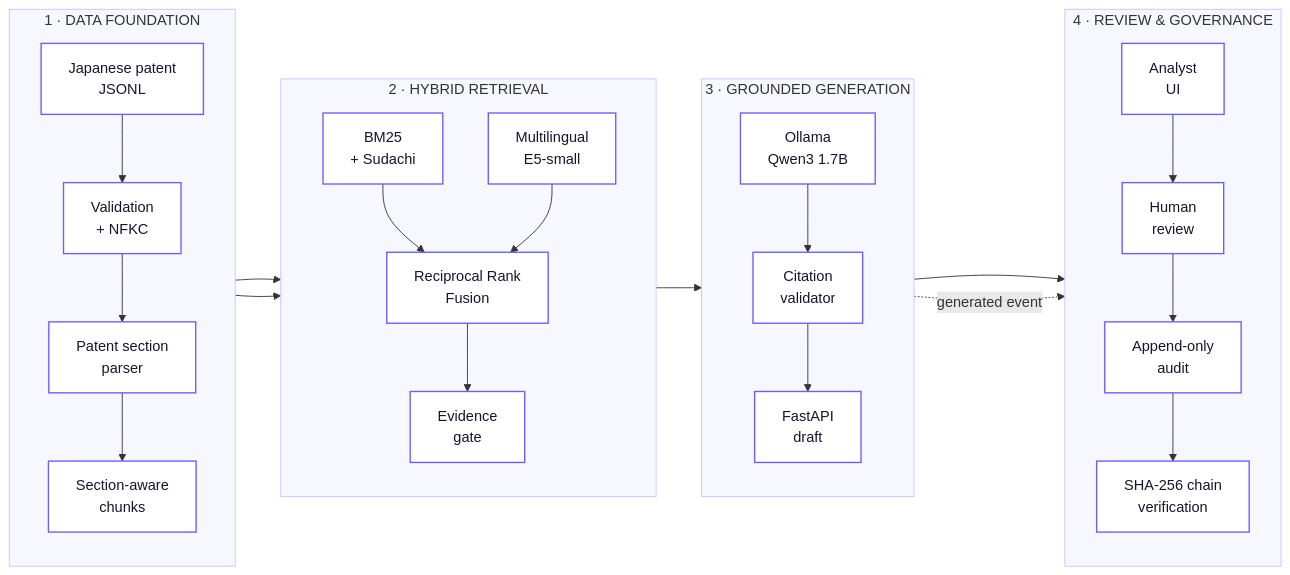
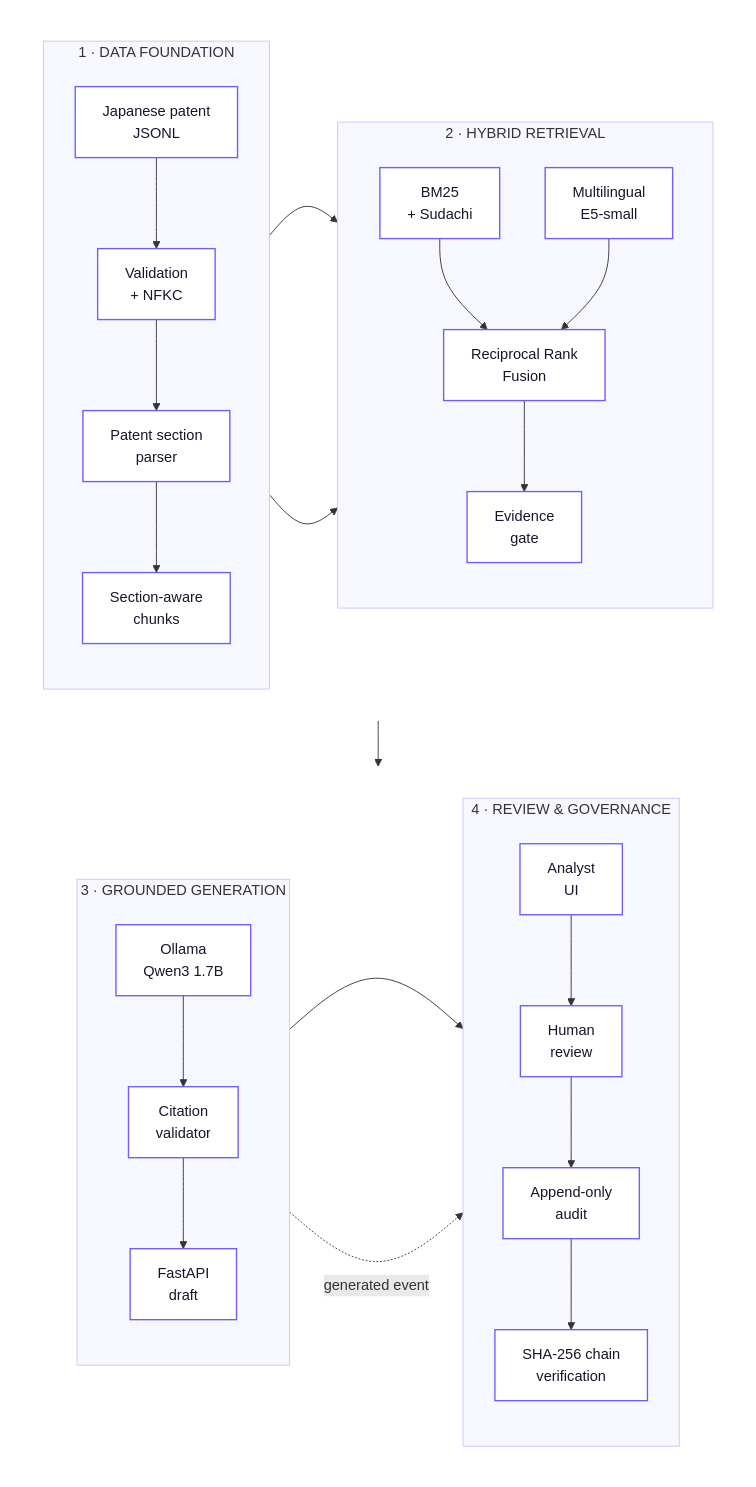
Before and after one commit to Lee2379/jp-patent-intelligence-rag: the diagram in README.md, drawn with Mermaid. The commit also changed 1 other file, not shown here.

Commit message:
Use readable two-row architecture grid

````diff
--- a/README.md
+++ b/README.md
@@ -93,41 +93,49 @@
 ```mermaid
-flowchart LR
-    subgraph DATA["1 · DATA FOUNDATION"]
-        direction TB
-        A["Japanese patent<br/>JSONL"] --> B["Validation<br/>+ NFKC"]
-        B --> C["Patent section<br/>parser"]
-        C --> D["Section-aware<br/>chunks"]
+flowchart TB
+    subgraph ROW1[" "]
+        direction LR
+        subgraph DATA["1 · DATA FOUNDATION"]
+            direction TB
+            A["Japanese patent<br/>JSONL"] --> B["Validation<br/>+ NFKC"]
+            B --> C["Patent section<br/>parser"]
+            C --> D["Section-aware<br/>chunks"]
+        end
+
+        subgraph SEARCH["2 · HYBRID RETRIEVAL"]
+            direction TB
+            E["BM25<br/>+ Sudachi"] --> G["Reciprocal Rank<br/>Fusion"]
+            F["Multilingual<br/>E5-small"] --> G
+            G --> H["Evidence<br/>gate"]
+        end
     end
 
-    subgraph SEARCH["2 · HYBRID RETRIEVAL"]
-        direction TB
-        E["BM25<br/>+ Sudachi"] --> G["Reciprocal Rank<br/>Fusion"]
-        F["Multilingual<br/>E5-small"] --> G
-        G --> H["Evidence<br/>gate"]
-    end
+    subgraph ROW2[" "]
+        direction LR
+        subgraph GENERATE["3 · GROUNDED GENERATION"]
+            direction TB
+            I["Ollama<br/>Qwen3 1.7B"] --> J["Citation<br/>validator"]
+            J --> K["FastAPI<br/>draft"]
+        end
 
-    subgraph GENERATE["3 · GROUNDED GENERATION"]
-        direction TB
-        I["Ollama<br/>Qwen3 1.7B"] --> J["Citation<br/>validator"]
-        J --> K["FastAPI<br/>draft"]
-    end
-
-    subgraph GOVERN["4 · REVIEW & GOVERNANCE"]
-        direction TB
-        L["Analyst<br/>UI"] --> M["Human<br/>review"]
-        M --> N["Append-only<br/>audit"]
-        N --> O["SHA-256 chain<br/>verification"]
+        subgraph GOVERN["4 · REVIEW & GOVERNANCE"]
+            direction TB
+            L["Analyst<br/>UI"] --> M["Human<br/>review"]
+            M --> N["Append-only<br/>audit"]
+            N --> O["SHA-256 chain<br/>verification"]
+        end
     end
 
     D --> E
     D --> F
     H --> I
     K --> L
     K -. generated event .-> N
 
     classDef default fill:#ffffff,stroke:#6d5dfc,stroke-width:1.5px,color:#17152b,font-size:16px;
     style DATA fill:#f7f7ff,stroke:#c9c4ff,stroke-width:1px
     style SEARCH fill:#f7f7ff,stroke:#c9c4ff,stroke-width:1px
     style GENERATE fill:#f7f7ff,stroke:#c9c4ff,stroke-width:1px
     style GOVERN fill:#f7f7ff,stroke:#c9c4ff,stroke-width:1px
+    style ROW1 fill:transparent,stroke:transparent
+    style ROW2 fill:transparent,stroke:transparent
 ```
````
